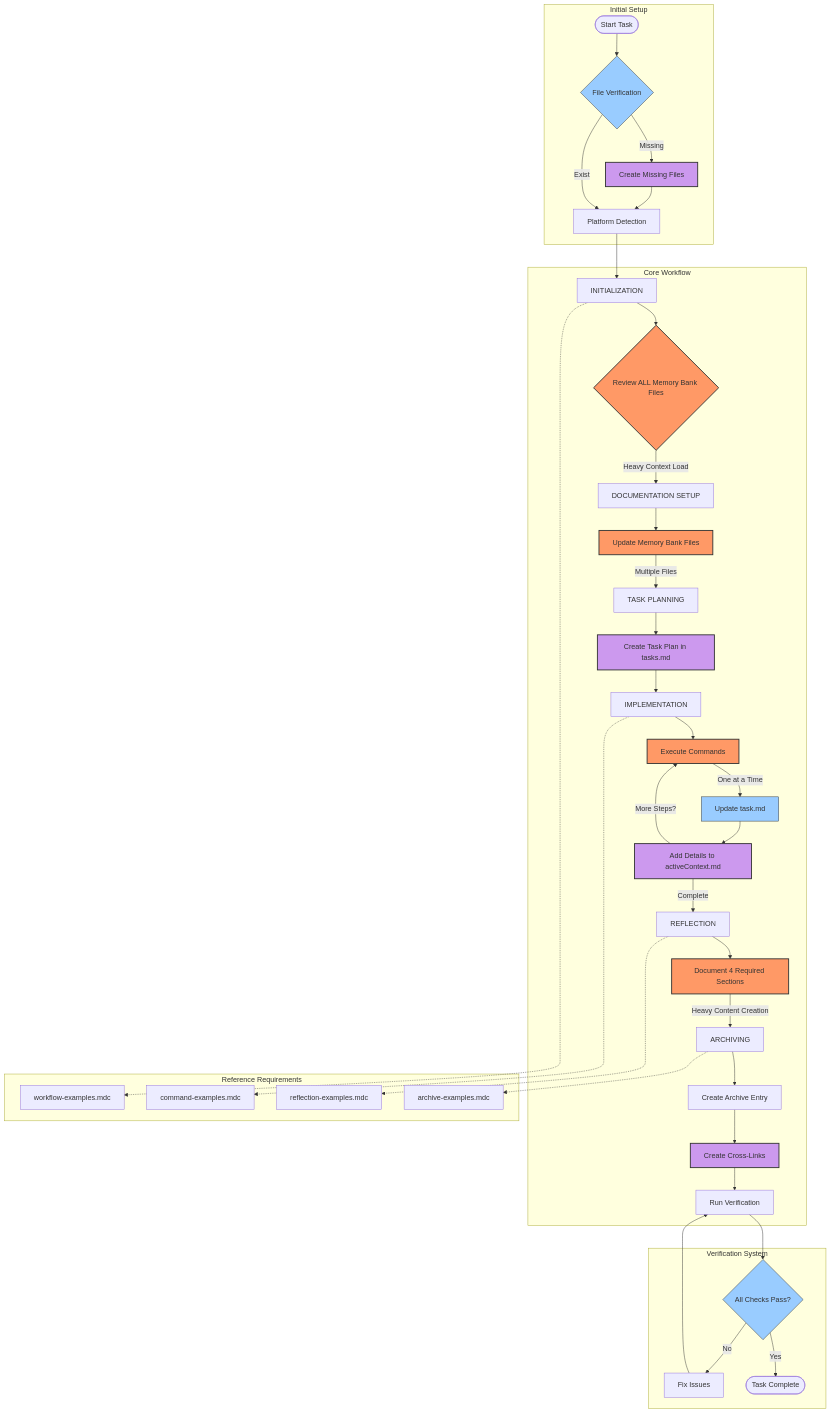
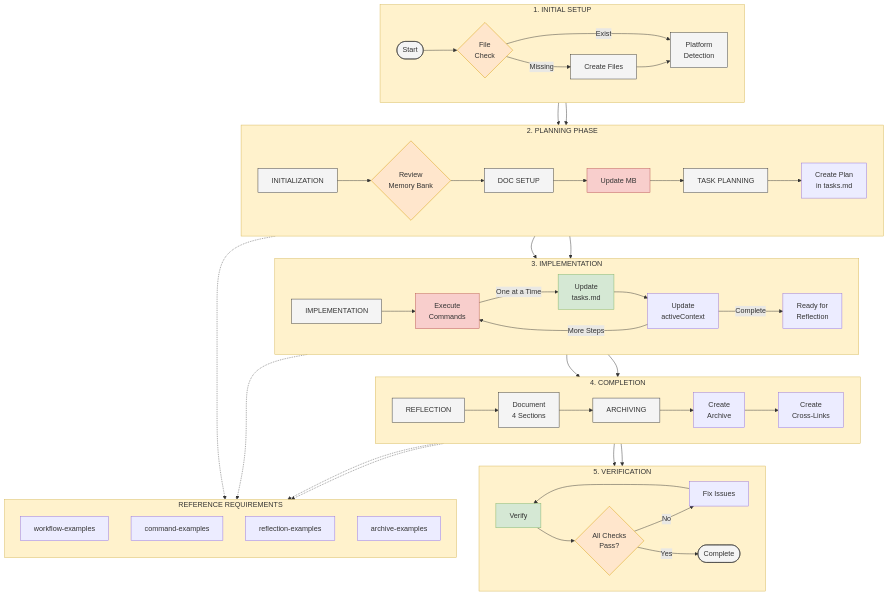
Before and after one commit to yws-coder123/trae-memory-bank: the diagram in images/memory-bank-diagram.mermaid, drawn with Mermaid. The commit also changed 1 other file, not shown here.

Commit message:
Enhance memory bank diagram with detailed sections and styles
- Updated the Mermaid diagram to include distinct sections for Initial Setup, Planning, Implementation, Completion, and Verification.
- Added styling for processes, decisions, bottlenecks, and checkpoints to improve visual clarity.
- Revised connections between sections to better represent the workflow of the Memory Bank System.
- Updated the binary image file to reflect the new diagram changes.

```diff
--- a/images/memory-bank-diagram.mermaid
+++ b/images/memory-bank-diagram.mermaid
@@ -1,62 +1,89 @@
 flowchart TD
-    subgraph "Initial Setup"
-        start([Start Task]) --> checkFiles{File Verification}
-        checkFiles -->|Missing| createFiles[Create Missing Files]
+    %% Define styles
+    classDef process fill:#f4f4f4,stroke:#333,stroke-width:1px,border-radius:5px
+    classDef decision fill:#ffe6cc,stroke:#d79b00,stroke-width:1px,border-radius:10px
+    classDef bottleneck fill:#f8cecc,stroke:#b85450,stroke-width:1px,border-radius:5px
+    classDef checkpoint fill:#d5e8d4,stroke:#82b366,stroke-width:1px,border-radius:5px
+    classDef section fill:#fff2cc,stroke:#d6b656,stroke-width:1px,rounded:true
+    
+    %% Initial Setup section
+    subgraph Setup ["1. INITIAL SETUP"]
+        direction LR
+        start([Start]) --> checkFiles{File<br>Check}
+        checkFiles -->|Missing| createFiles[Create Files]
+        checkFiles -->|Exist| platformDetect[Platform<br>Detection]
         createFiles --> platformDetect
-        checkFiles -->|Exist| platformDetect[Platform Detection]
     end
-
-    subgraph "Core Workflow"
-        platformDetect --> init[INITIALIZATION]
-        init --> checkMB{Review ALL Memory Bank Files}
-        checkMB -->|Heavy Context Load| docSetup[DOCUMENTATION SETUP]
-        
-        docSetup --> updateMB[Update Memory Bank Files]
-        updateMB -->|Multiple Files| planning[TASK PLANNING]
-        
-        planning --> taskPlan[Create Task Plan in tasks.md]
-        taskPlan --> impl[IMPLEMENTATION]
-        
-        impl --> execCmd[Execute Commands]
-        execCmd -->|One at a Time| updateTask[Update task.md]
-        updateTask --> addImpl[Add Details to activeContext.md]
-        addImpl -->|More Steps?| execCmd
-        addImpl -->|Complete| reflect[REFLECTION]
-        
-        reflect --> reflect4Sections[Document 4 Required Sections]
-        reflect4Sections -->|Heavy Content Creation| archive[ARCHIVING]
-        
-        archive --> archiveTask[Create Archive Entry]
-        archiveTask --> crossLink[Create Cross-Links]
-        crossLink --> verify[Run Verification]
+    
+    %% Planning section
+    subgraph Planning ["2. PLANNING PHASE"]
+        direction LR
+        init[INITIALIZATION] --> checkMB{Review<br>Memory Bank}
+        checkMB --> docSetup[DOC SETUP]
+        docSetup --> updateMB[Update MB]
+        updateMB --> planning[TASK PLANNING]
+        planning --> taskPlan[Create Plan<br>in tasks.md]
     end
-
-    subgraph "Verification System"
-        verify --> checkAll{All Checks Pass?}
+    
+    %% Implementation section
+    subgraph Implementation ["3. IMPLEMENTATION"]
+        direction LR
+        impl[IMPLEMENTATION] --> execCmd[Execute<br>Commands]
+        execCmd -->|One at a Time| updateTask[Update<br>tasks.md]
+        updateTask --> addImpl[Update<br>activeContext]
+        addImpl -->|More Steps| execCmd
+        addImpl -->|Complete| reflectStart[Ready for<br>Reflection]
+    end
+    
+    %% Reflection and Archiving
+    subgraph Completion ["4. COMPLETION"]
+        direction LR
+        reflect[REFLECTION] --> reflect4[Document<br>4 Sections]
+        reflect4 --> archive[ARCHIVING]
+        archive --> archiveTask[Create<br>Archive]
+        archiveTask --> crossLink[Create<br>Cross-Links]
+    end
+    
+    %% Verification System section
+    subgraph Verification ["5. VERIFICATION"]
+        direction LR
+        verify[Verify] --> checkAll{All Checks<br>Pass?}
         checkAll -->|No| fixIssues[Fix Issues]
         fixIssues --> verify
-        checkAll -->|Yes| complete([Task Complete])
-    end
-
-    %% Bottleneck Styling
-    classDef bottleneck fill:#f96, stroke:#333, stroke-width:2px
-    classDef heavyProcess fill:#c9e, stroke:#333, stroke-width:2px
-    classDef checkpoint fill:#9cf, stroke:#333
-    
-    %% Bottlenecks
-    class checkMB,updateMB,execCmd,reflect4Sections bottleneck
-    class createFiles,taskPlan,crossLink,addImpl heavyProcess
-    class checkFiles,updateTask,checkAll checkpoint
-    
-    %% Reference Points
-    subgraph "Reference Requirements"
-        ref1[workflow-examples.mdc]
-        ref2[command-examples.mdc]
-        ref3[reflection-examples.mdc]
-        ref4[archive-examples.mdc]
+        checkAll -->|Yes| complete([Complete])
     end
     
+    %% References connections on the side
+    subgraph References ["REFERENCE REQUIREMENTS"]
+        direction TB
+        ref1[workflow-examples]
+        ref2[command-examples]
+        ref3[reflection-examples]
+        ref4[archive-examples]
+    end
+    
+    %% Connect major sections vertically
+    Setup --> Planning
+    Planning --> Implementation
+    Implementation --> Completion
+    Completion --> Verification
+    
+    %% Connect workflow between sections
+    platformDetect --> init
+    taskPlan --> impl
+    reflectStart --> reflect
+    crossLink --> verify
+    
+    %% Connect references
     init -.-> ref1
     impl -.-> ref2
     reflect -.-> ref3
     archive -.-> ref4
+    
+    %% Apply styles
+    class start,complete process
+    class checkFiles,checkMB,checkAll decision
+    class createFiles,platformDetect,init,docSetup,planning,impl,reflect,archive,reflect4 process
+    class execCmd,updateMB bottleneck
+    class updateTask,verify checkpoint
+    class Setup,Planning,Implementation,Completion,Verification,References section
```
